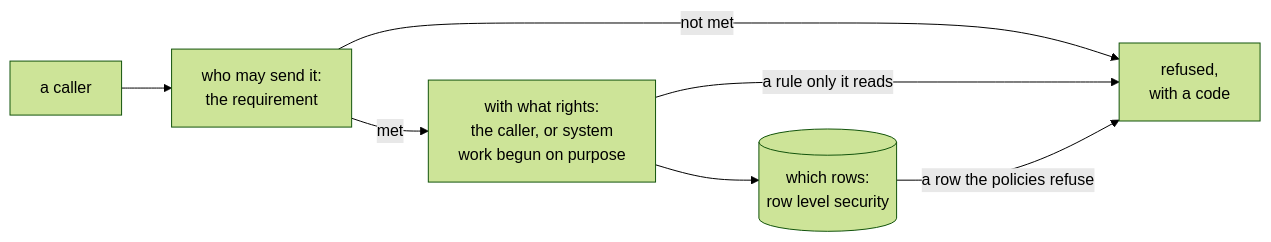
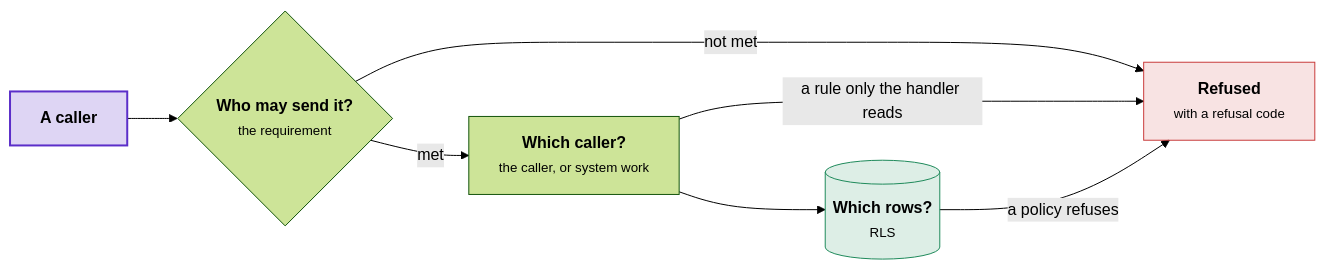
The first of 10 diagrams in docs/access-requirements.md (DylanSnel/DDDToolkit), drawn with Mermaid (forest theme) before and after one commit. The commit also changed other lines of this file and 41 other files, not shown here.

First line of the commit message:
Docs: plain prose, one word per concept, and readable diagrams on every page

````diff
--- a/docs/access-requirements.md
+++ b/docs/access-requirements.md
@@ -20,9 +24,15 @@
 ```mermaid
 flowchart LR
-    Caller["a caller"] --> Door["who may send it:<br/>the requirement"]
-    Door -- "not met" --> Refused["refused,<br/>with a code"]
-    Door -- "met" --> Work["with what rights:<br/>the caller, or system<br/>work begun on purpose"]
-    Work -- "a rule only it reads" --> Refused
-    Work --> Rows[("which rows:<br/>row level security")]
-    Rows -- "a row the policies refuse" --> Refused
+    Caller["<b>A caller</b>"] --> Check{"<b>Who may send it?</b><br/><small>the requirement</small>"}
+    Check -- "not met" --> Refused["<b>Refused</b><br/><small>with a refusal code</small>"]
+    Check -- "met" --> Work["<b>Which caller?</b><br/><small>the caller, or system work</small>"]
+    Work -- "a rule only the handler reads" --> Refused
+    Work --> Rows[("<b>Which rows?</b><br/><small>RLS</small>")]
+    Rows -- "a policy refuses" --> Refused
+    classDef strong fill:#5b2ec933,stroke:#5b2ec9,stroke-width:2px
+    classDef good fill:#1f8a5b26,stroke:#1f8a5b
+    classDef bad fill:#c93c3c24,stroke:#c93c3c
+    class Caller strong
+    class Rows good
+    class Refused bad
 ```
````
